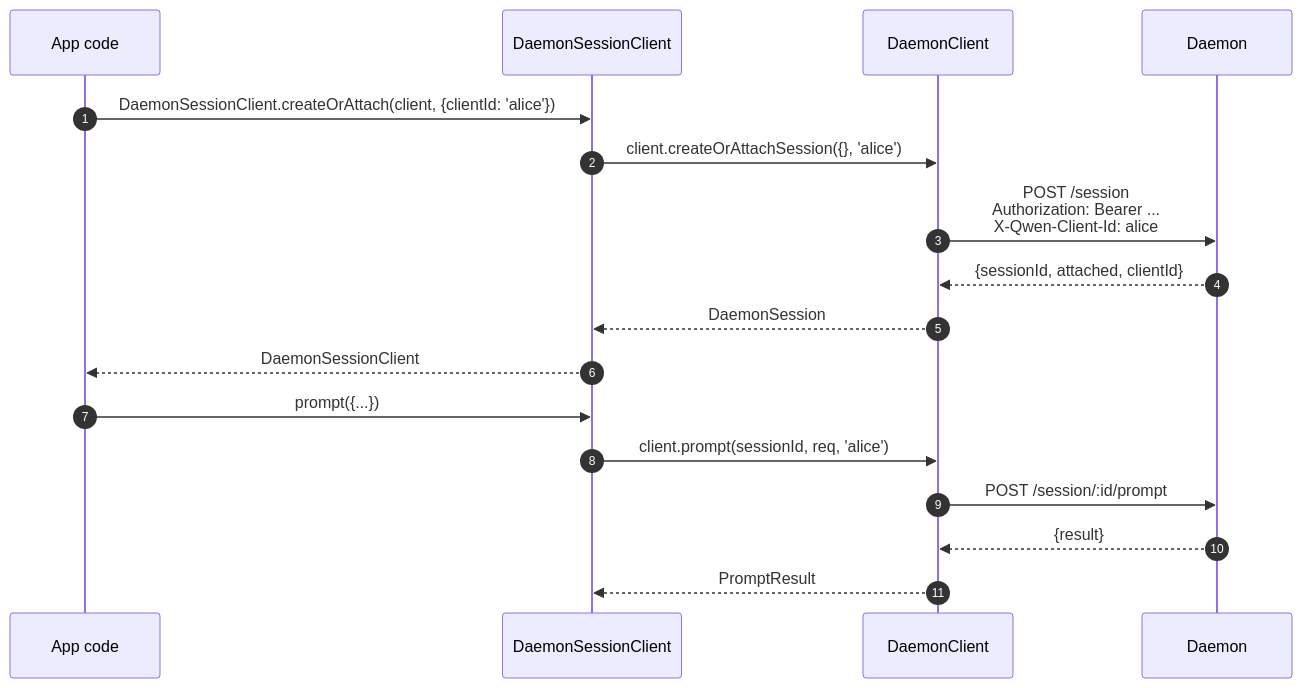
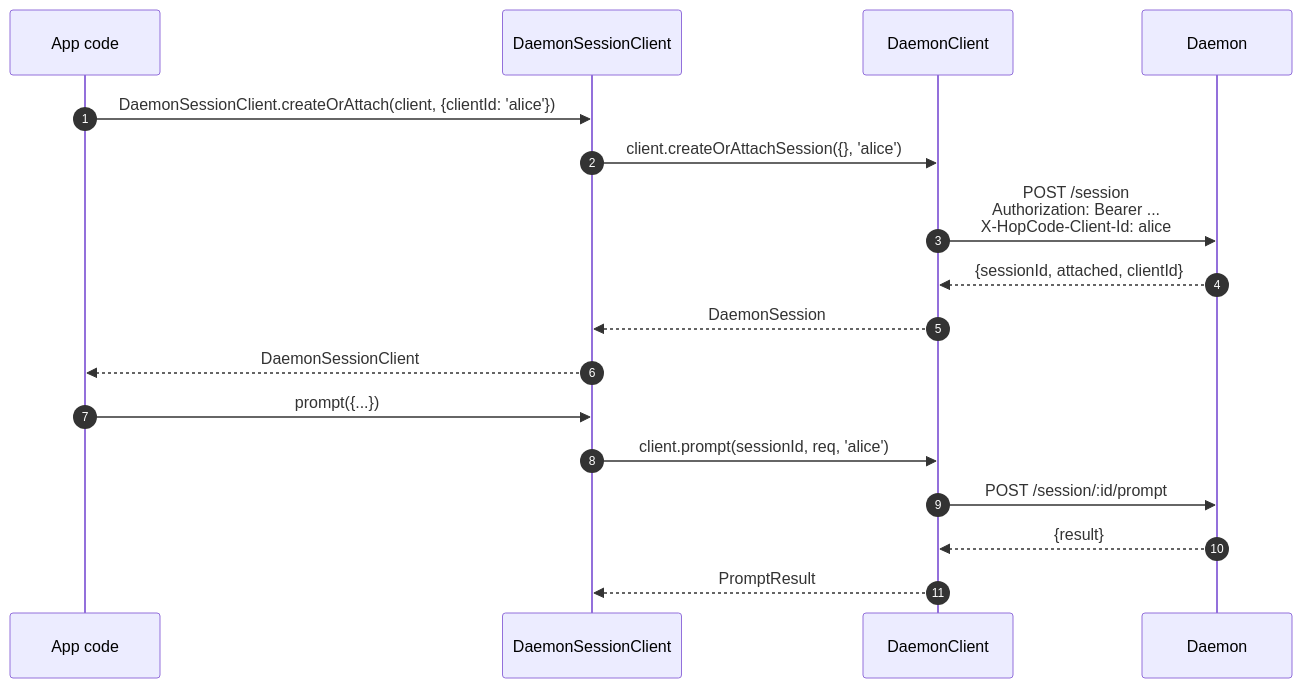
One commit to TaimoorSiddiquiOfficial/HopCode changed the first of 3 diagrams in docs/developers/daemon/13-sdk-daemon-client.md. Above: the diagram before and after it, drawn with Mermaid. The commit also changed other lines of this file and 84 other files, not shown here.

````diff
--- a/docs/developers/daemon/13-sdk-daemon-client.md
+++ b/docs/developers/daemon/13-sdk-daemon-client.md
@@ -133,21 +133,21 @@
 ```mermaid
 sequenceDiagram
     autonumber
     participant App as App code
     participant SC as DaemonSessionClient
     participant DC as DaemonClient
     participant D as Daemon
 
     App->>SC: DaemonSessionClient.createOrAttach(client, {clientId: 'alice'})
     SC->>DC: client.createOrAttachSession({}, 'alice')
-    DC->>D: POST /session<br/>Authorization: Bearer ...<br/>X-Qwen-Client-Id: alice
+    DC->>D: POST /session<br/>Authorization: Bearer ...<br/>X-HopCode-Client-Id: alice
     D-->>DC: {sessionId, attached, clientId}
     DC-->>SC: DaemonSession
     SC-->>App: DaemonSessionClient
 
     App->>SC: prompt({...})
     SC->>DC: client.prompt(sessionId, req, 'alice')
     DC->>D: POST /session/:id/prompt
     D-->>DC: {result}
     DC-->>SC: PromptResult
 ```
````
